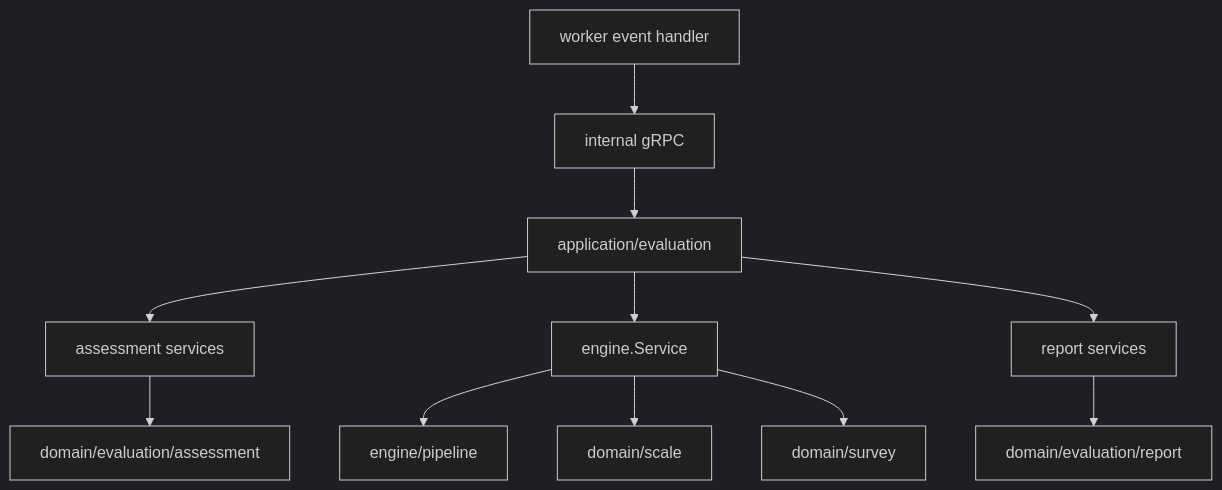
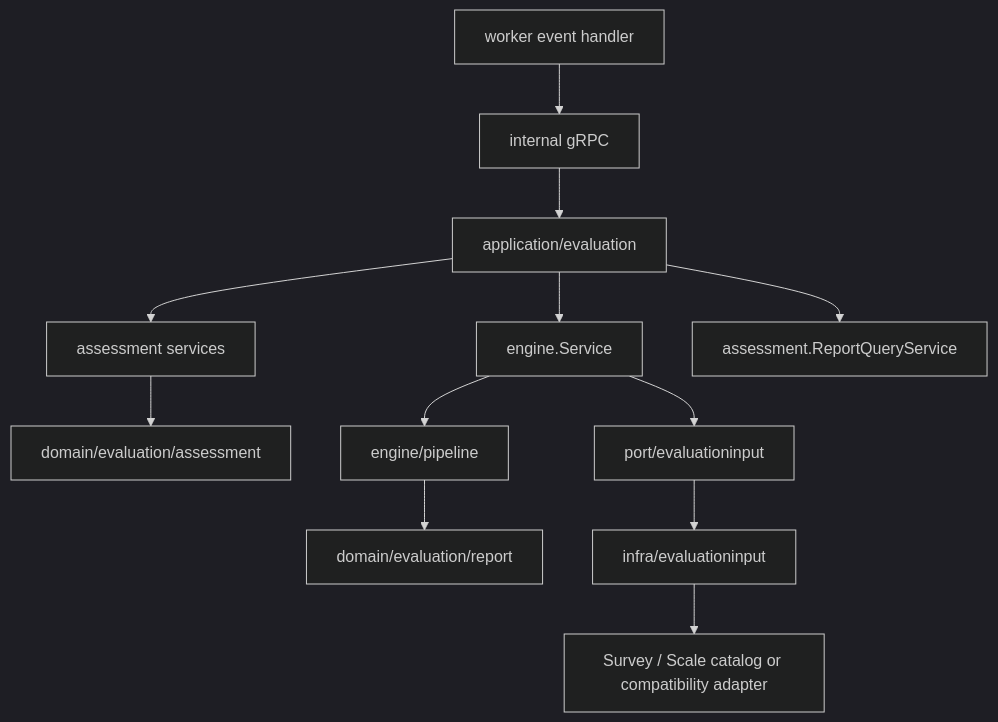
The second of 2 diagrams in docs/02-业务模块/evaluation/00-整体架构.md (FangcunMount/qs-server), drawn with Mermaid (dark theme) before and after one commit. The commit also changed other lines of this file and 7 other files, not shown here.

````diff
--- a/docs/02-业务模块/evaluation/00-整体架构.md
+++ b/docs/02-业务模块/evaluation/00-整体架构.md
@@ -43,13 +42,14 @@
 ```mermaid
 flowchart TB
     worker["worker event handler"] --> grpc["internal gRPC"]
     grpc --> app["application/evaluation"]
     app --> assessmentApp["assessment services"]
     app --> engineApp["engine.Service"]
-    app --> reportApp["report services"]
+    app --> reportRead["assessment.ReportQueryService"]
     assessmentApp --> assessmentDomain["domain/evaluation/assessment"]
     engineApp --> pipeline["engine/pipeline"]
-    reportApp --> reportDomain["domain/evaluation/report"]
-    engineApp --> scale["domain/scale"]
-    engineApp --> survey["domain/survey"]
+    pipeline --> reportDomain["domain/evaluation/report"]
+    engineApp --> inputPort["port/evaluationinput"]
+    inputPort --> inputInfra["infra/evaluationinput"]
+    inputInfra --> surveyScale["Survey / Scale catalog or compatibility adapter"]
 ```
````
